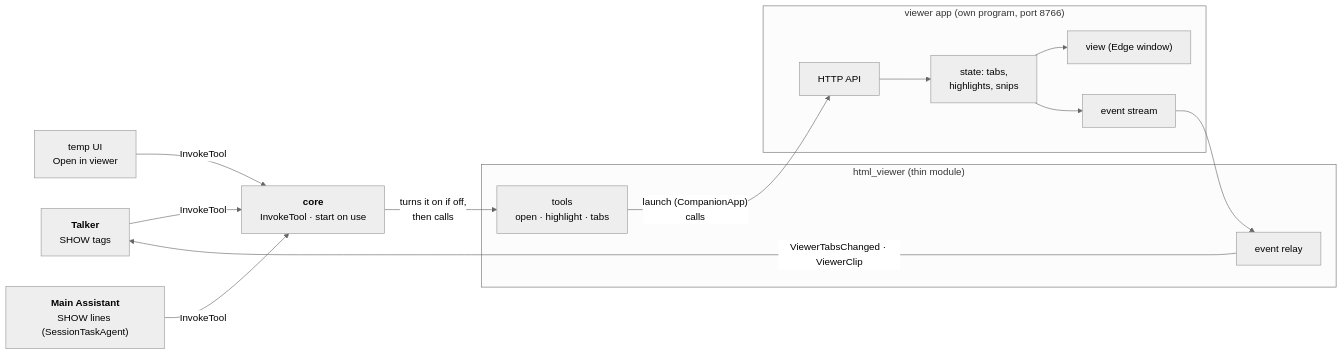
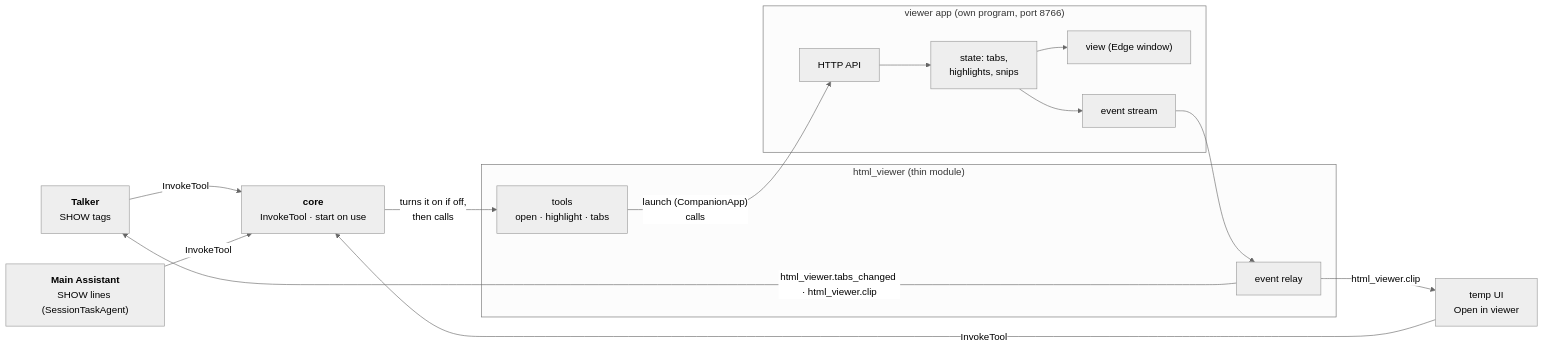
Before and after one commit to sharramon/AI_Assistant: the diagram in src/assistant/modules/html_viewer/docs/architecture.md, drawn with Mermaid (neutral theme). The commit also changed other lines of this file and 56 other files, not shown here.

Commit message:
Module folders item 8: the HTML viewer app moves into modules/html_viewer/app; its events become named events (html_viewer.tabs_changed, html_viewer.clip; temp_ui.clip, temp_ui.clip_dropped) and leave the contracts; module.toml; tests in its folder; tripwires; docs

````diff
--- a/src/assistant/modules/html_viewer/docs/architecture.md
+++ b/src/assistant/modules/html_viewer/docs/architecture.md
@@ -21,26 +32,27 @@
 ```mermaid
 flowchart LR
     Talker["<b>Talker</b><br/>SHOW tags"]
     Main["<b>Main Assistant</b><br/>SHOW lines (SessionTaskAgent)"]
     UI["temp UI<br/>Open in viewer"]
     Core["<b>core</b><br/>InvokeTool · start on use"]
     subgraph HV["html_viewer (thin module)"]
         Tools["tools<br/>open · highlight · tabs"]
         Relay["event relay"]
     end
     subgraph App["viewer app (own program, port 8766)"]
         Api["HTTP API"]
         State["state: tabs,<br/>highlights, snips"]
         View["view (Edge window)"]
         Stream["event stream"]
     end
 
     Talker -- InvokeTool --> Core
     UI -- InvokeTool --> Core
     Main -- InvokeTool --> Core
     Core -- "turns it on if off,<br/>then calls" --> Tools
     Tools -- "launch (CompanionApp)<br/>calls" --> Api
     Api --> State --> View
     State --> Stream --> Relay
-    Relay -- "ViewerTabsChanged · ViewerClip" --> Talker
+    Relay -- "html_viewer.tabs_changed · html_viewer.clip" --> Talker
+    Relay -- "html_viewer.clip" --> UI
 ```
````
